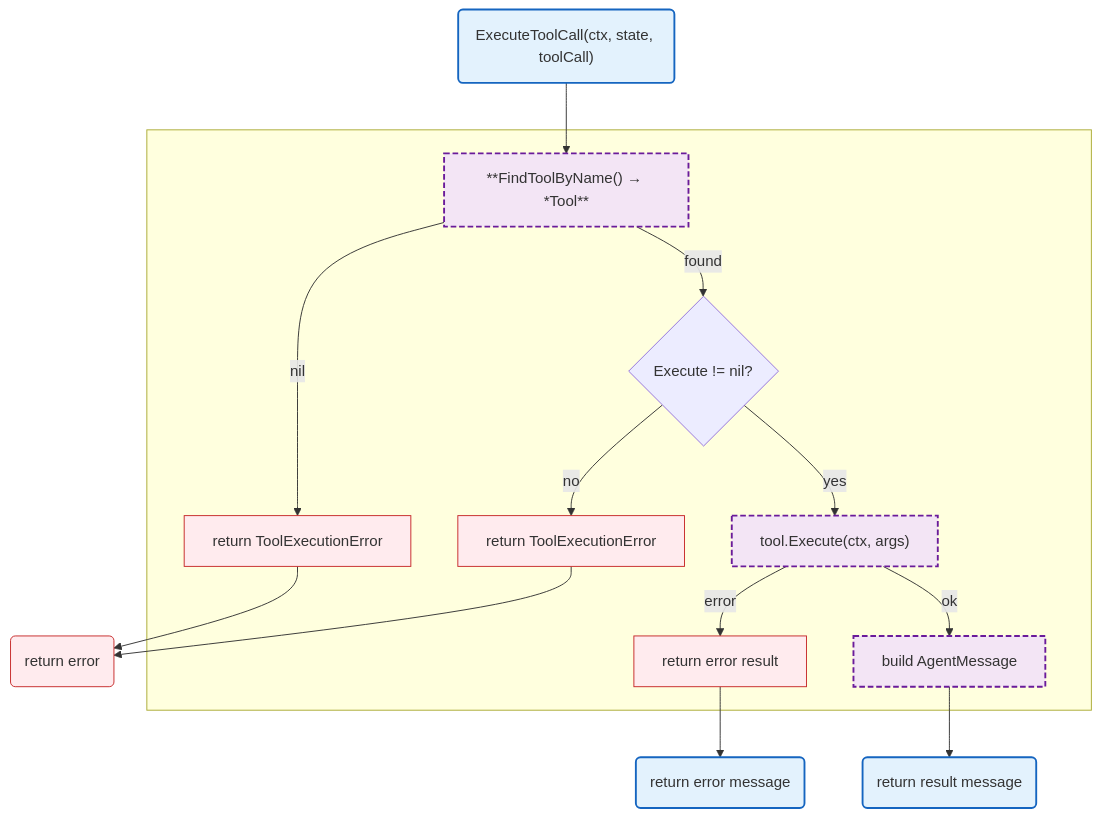
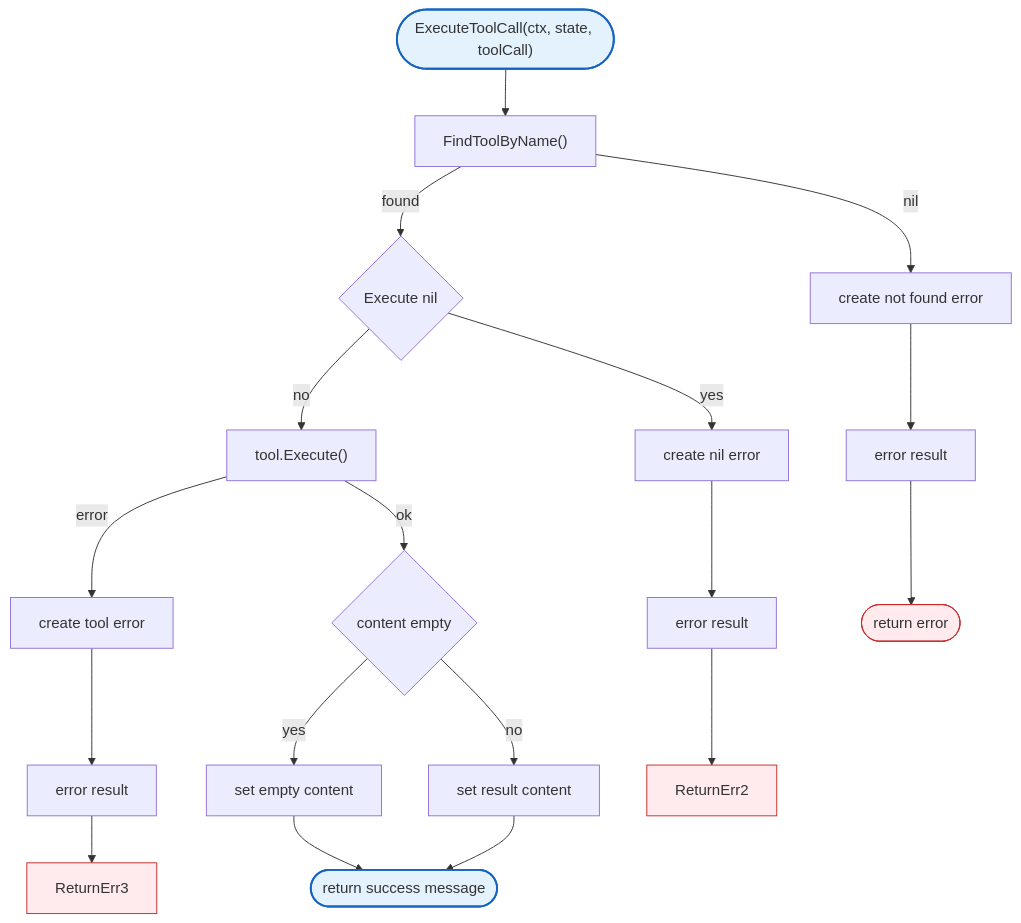
The diagram in docs/internal/agent/tool.md (radch-ai/ava), drawn with Mermaid before and after one commit. The commit also changed other lines of this file and 24 other files, not shown here.

````diff
--- a/docs/internal/agent/tool.md
+++ b/docs/internal/agent/tool.md
@@ -7,27 +7,26 @@
 ```mermaid
 flowchart TB
-    Start("ExecuteToolCall(ctx, state, toolCall)") --> HFind
-
-    subgraph SGExecute [" "]
-        HFind["**FindToolByName() → *Tool**"]
-        HFind -->|nil| ErrNotFound["return ToolExecutionError"]
-        HFind -->|found| CheckExecute{Execute != nil?}
-        CheckExecute -->|no| ErrNilExecute["return ToolExecutionError"]
-        CheckExecute -->|yes| DoExecute["tool.Execute(ctx, args)"]
-        DoExecute -->|error| ErrExecute["return error result"]
-        DoExecute -->|ok| BuildResult["build AgentMessage"]
-    end
-
-    ErrNotFound --> ErrReturn("return error")
-    ErrNilExecute --> ErrReturn
-    ErrExecute --> ErrMsgReturn("return error message")
-    BuildResult --> Success("return result message")
+    Start(["ExecuteToolCall(ctx, state, toolCall)"]) --> FindTool["FindToolByName()"]
+    FindTool -->|nil| CreateErr1["create not found error"]
+    FindTool -->|found| CheckExecute{Execute nil}
+    CheckExecute -->|yes| CreateErr2["create nil error"]
+    CheckExecute -->|no| CallExecute["tool.Execute()"]
+    CreateErr1 --> ErrorResult1["error result"]
+    CreateErr2 --> ErrorResult2["error result"]
+    CallExecute -->|error| CreateToolErr["create tool error"]
+    CallExecute -->|ok| CheckContent{content empty}
+    CreateToolErr --> ErrorResult3["error result"]
+    CheckContent -->|yes| SetEmpty["set empty content"]
+    CheckContent -->|no| SetContent["set result content"]
+    SetEmpty --> ReturnOk(["return success message"])
+    SetContent --> ReturnOk
+    ErrorResult1 --> ReturnErr1(["return error"])
+    ErrorResult2 --> ReturnErr2
+    ErrorResult3 --> ReturnErr3
 
     classDef mainFn fill:#e3f2fd,stroke:#1565c0,stroke-width:2px
-    classDef internalFn fill:#f3e5f5,stroke:#6a1b9a,stroke-width:2px,stroke-dasharray:6 3
     classDef errorFlow fill:#ffebee,stroke:#c62828,stroke-width:1px
 
-    class Start,Success,ErrMsgReturn mainFn
-    class HFind,DoExecute,BuildResult internalFn
-    class ErrNotFound,ErrNilExecute,ErrExecute,ErrReturn errorFlow
+    class Start,ReturnOk,ReturnErr1,ReturnErr2,ReturnErr3 mainFn
+    class ReturnErr1,ReturnErr2,ReturnErr3 errorFlow
 ```
````
